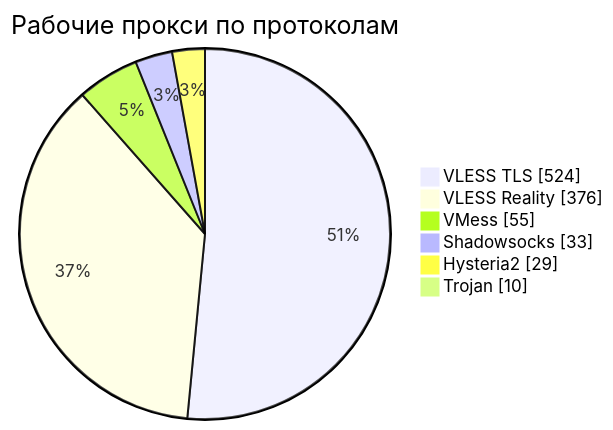
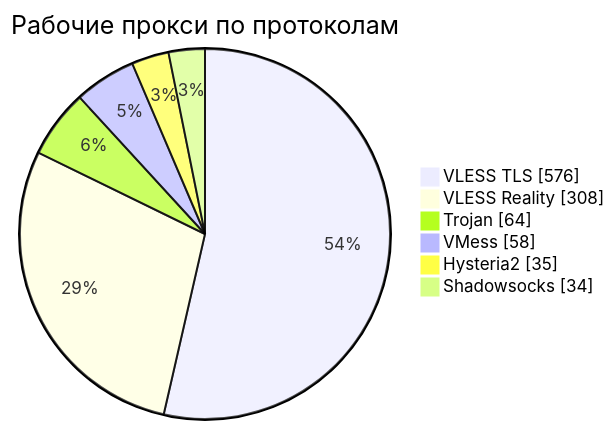
One commit to rvvg/proxy-subs changed the third of 4 diagrams in README.md. Above: the diagram before and after it, drawn with Mermaid. The commit also changed other lines of this file and 50 other files, not shown here.

````diff
--- a/README.md
+++ b/README.md
@@ -132,10 +141,10 @@
 ```mermaid
 pie showData
     title Рабочие прокси по протоколам
-    "VLESS TLS" : 524
-    "VLESS Reality" : 376
-    "VMess" : 55
-    "Shadowsocks" : 33
-    "Hysteria2" : 29
-    "Trojan" : 10
+    "VLESS TLS" : 576
+    "VLESS Reality" : 308
+    "Trojan" : 64
+    "VMess" : 58
+    "Hysteria2" : 35
+    "Shadowsocks" : 34
 ```
````
